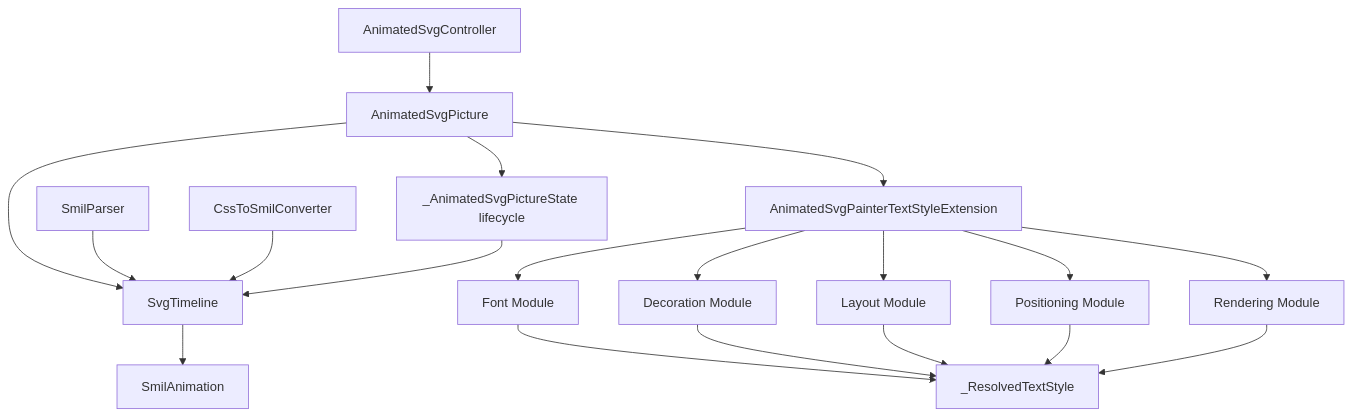
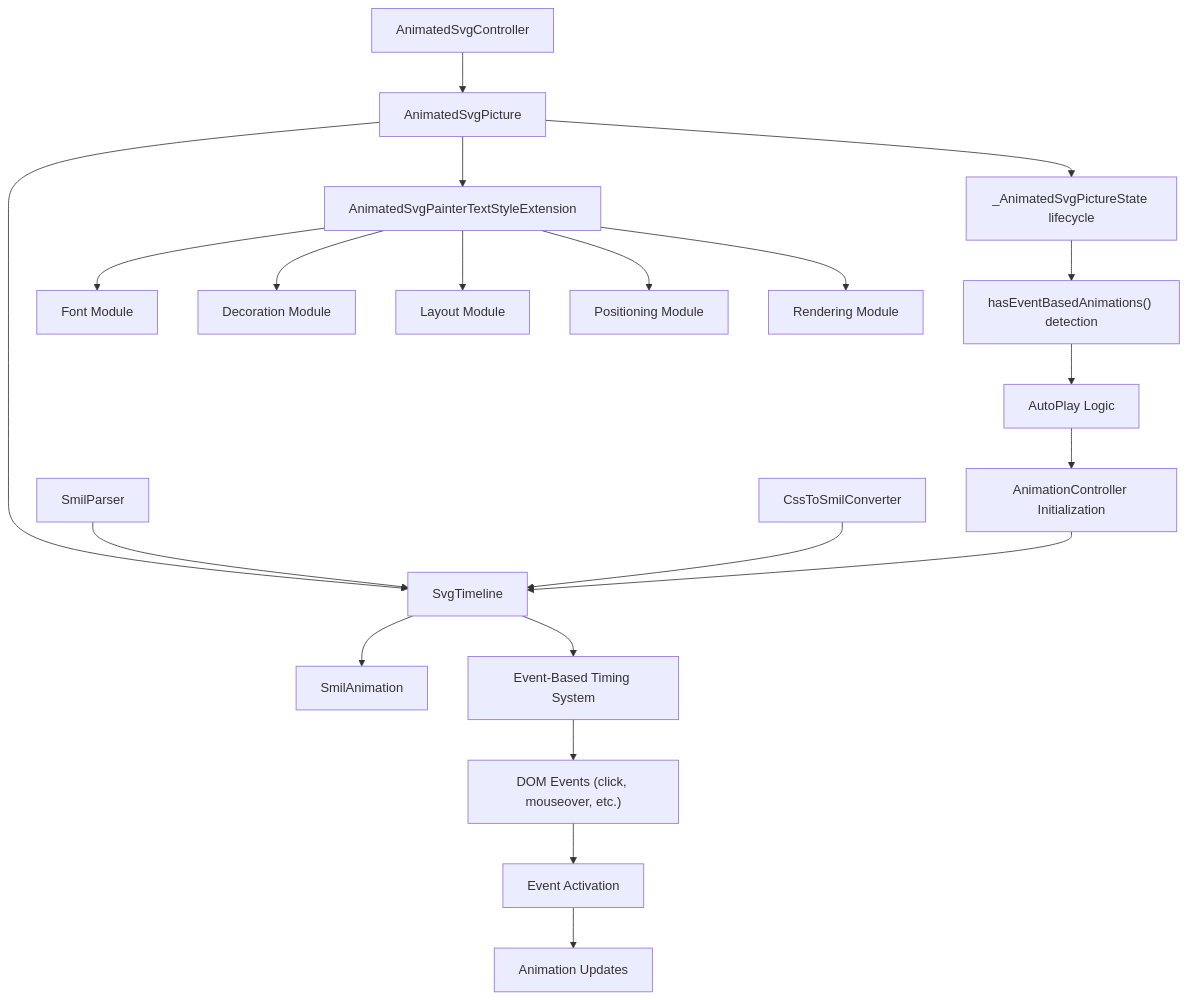
The first of 4 diagrams in .qoder/repowiki/en/content/API Reference/Animation APIs.md (denisnadey/flutter_full_svg_support), drawn with Mermaid before and after one commit. The commit also changed other lines of this file and 2 other files, not shown here.

First line of the commit message:
feat(animation): enhance event-driven animation detection and controller lifecycle

````diff
--- a/.qoder/repowiki/en/content/API Reference/Animation APIs.md
+++ b/.qoder/repowiki/en/content/API Reference/Animation APIs.md
@@ -67,21 +73,23 @@
 ```mermaid
 graph TB
 Controller["AnimatedSvgController"] --> Picture["AnimatedSvgPicture"]
 Picture --> Timeline["SvgTimeline"]
 Timeline --> Anim["SmilAnimation"]
 Parser["SmilParser"] --> Timeline
 Converter["CssToSmilConverter"] --> Timeline
+Picture --> Lifecycle["_AnimatedSvgPictureState lifecycle"]
+Lifecycle --> EventDetection["hasEventBasedAnimations() detection"]
+EventDetection --> AutoPlay["AutoPlay Logic"]
+AutoPlay --> ControllerInit["AnimationController Initialization"]
+ControllerInit --> Timeline
+Timeline --> EventSystem["Event-Based Timing System"]
+EventSystem --> DOMEvents["DOM Events (click, mouseover, etc.)"]
+DOMEvents --> EventActivation["Event Activation"]
+EventActivation --> AnimationUpdate["Animation Updates"]
 Picture --> TextStyleExt["AnimatedSvgPainterTextStyleExtension"]
 TextStyleExt --> FontModule["Font Module"]
 TextStyleExt --> DecorationModule["Decoration Module"]
 TextStyleExt --> LayoutModule["Layout Module"]
 TextStyleExt --> PositioningModule["Positioning Module"]
 TextStyleExt --> RenderingModule["Rendering Module"]
-FontModule --> ResolvedStyle["_ResolvedTextStyle"]
-DecorationModule --> ResolvedStyle
-LayoutModule --> ResolvedStyle
-PositioningModule --> ResolvedStyle
-RenderingModule --> ResolvedStyle
-Picture --> Lifecycle["_AnimatedSvgPictureState lifecycle"]
-Lifecycle --> Timeline
 ```
````
